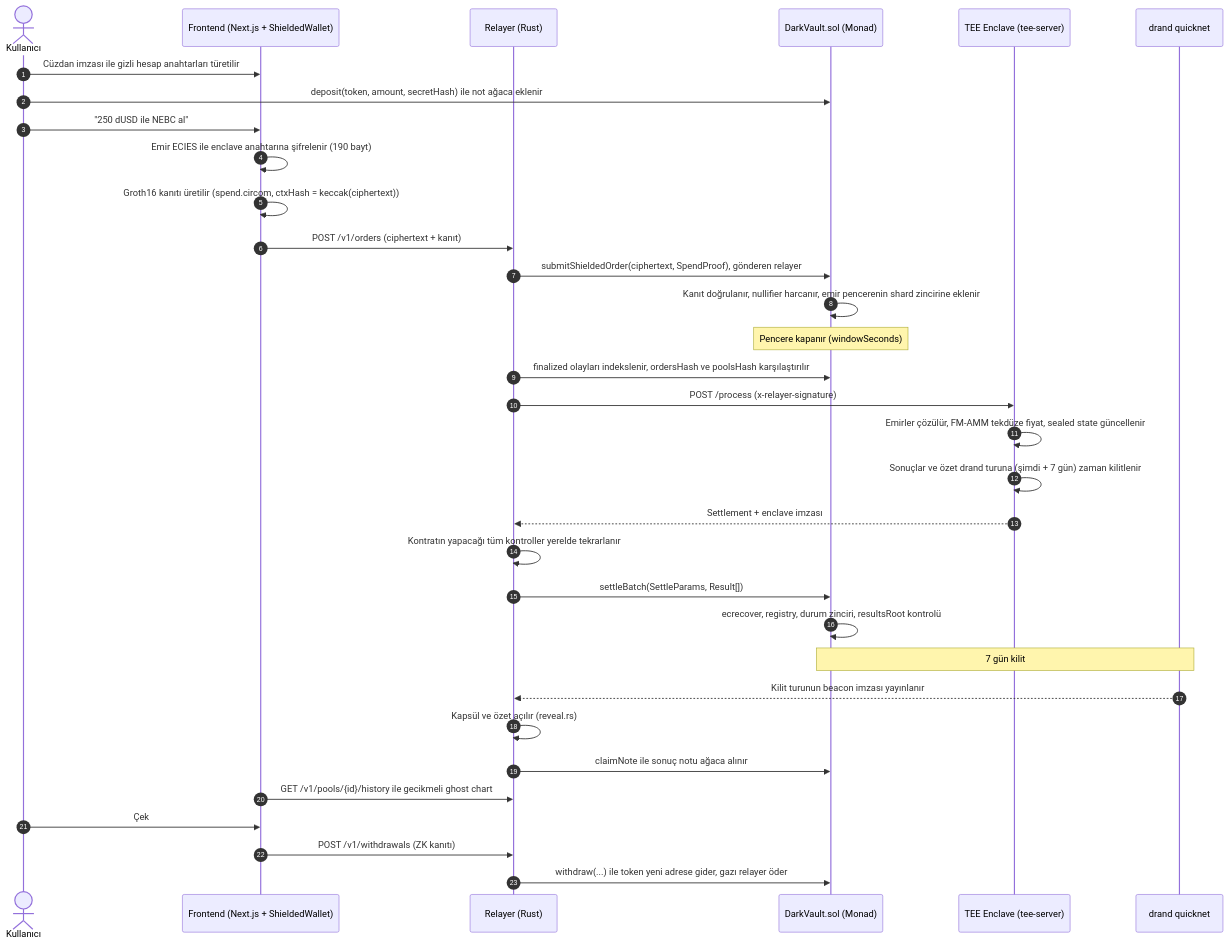
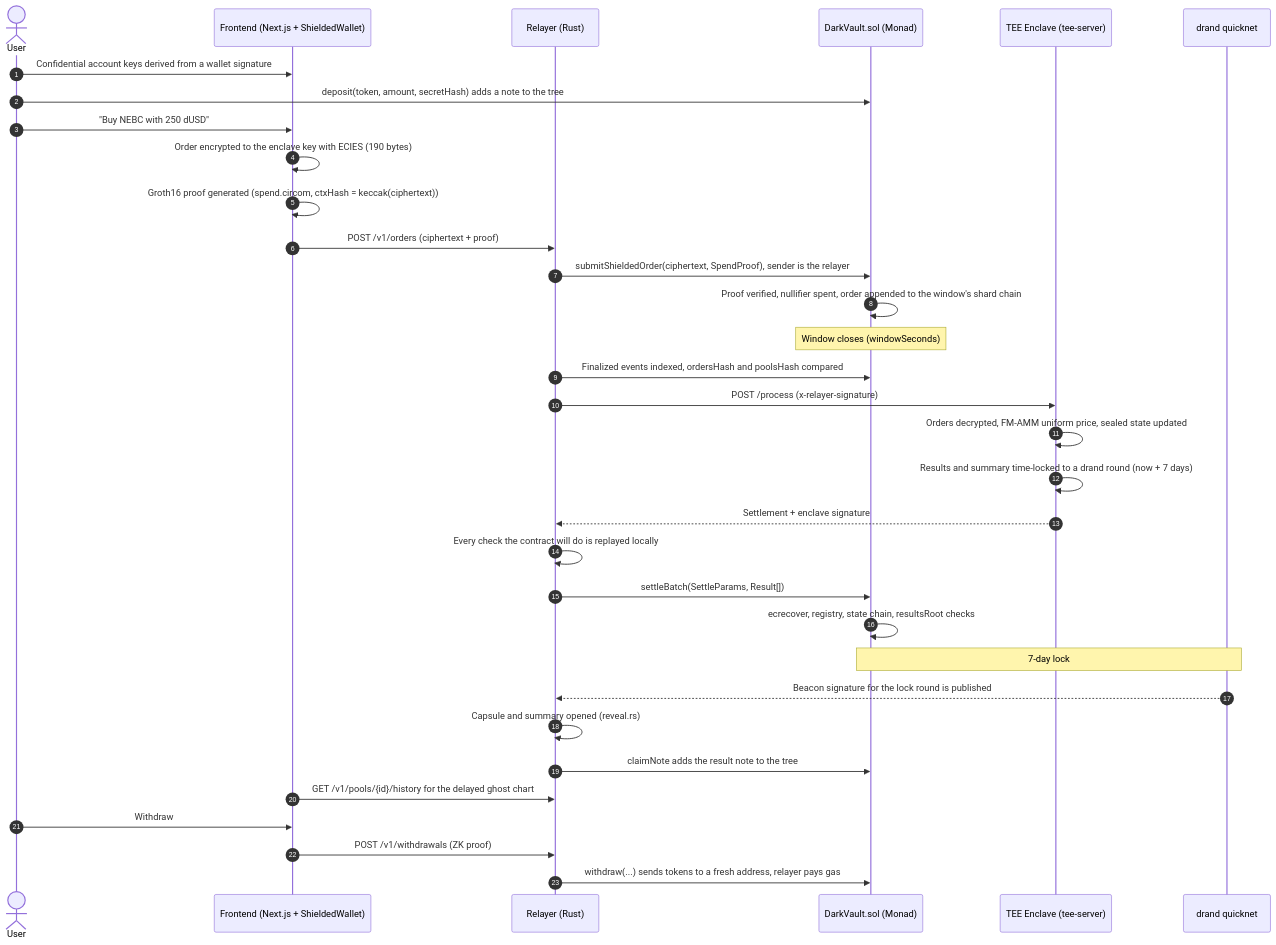
The diagram in README.md (Omeraydognn/darkscreener), drawn with Mermaid before and after one commit. The commit also changed other lines of this file and 1 other file, not shown here.

First line of the commit message:
docs: translate README to English and add root CLAUDE.md for AI assistants

````diff
--- a/README.md
+++ b/README.md
@@ -61,36 +60,36 @@
 ```mermaid
 sequenceDiagram
     autonumber
-    actor U as Kullanıcı
+    actor U as User
     participant F as Frontend (Next.js + ShieldedWallet)
     participant R as Relayer (Rust)
     participant V as DarkVault.sol (Monad)
     participant E as TEE Enclave (tee-server)
     participant D as drand quicknet
 
-    U->>F: Cüzdan imzası ile gizli hesap anahtarları türetilir
-    U->>V: deposit(token, amount, secretHash) ile not ağaca eklenir
-    U->>F: "250 dUSD ile NEBC al"
-    F->>F: Emir ECIES ile enclave anahtarına şifrelenir (190 bayt)
-    F->>F: Groth16 kanıtı üretilir (spend.circom, ctxHash = keccak(ciphertext))
-    F->>R: POST /v1/orders (ciphertext + kanıt)
-    R->>V: submitShieldedOrder(ciphertext, SpendProof), gönderen relayer
-    V->>V: Kanıt doğrulanır, nullifier harcanır, emir pencerenin shard zincirine eklenir
-    Note over V: Pencere kapanır (windowSeconds)
-    R->>V: finalized olayları indekslenir, ordersHash ve poolsHash karşılaştırılır
+    U->>F: Confidential account keys derived from a wallet signature
+    U->>V: deposit(token, amount, secretHash) adds a note to the tree
+    U->>F: "Buy NEBC with 250 dUSD"
+    F->>F: Order encrypted to the enclave key with ECIES (190 bytes)
+    F->>F: Groth16 proof generated (spend.circom, ctxHash = keccak(ciphertext))
+    F->>R: POST /v1/orders (ciphertext + proof)
+    R->>V: submitShieldedOrder(ciphertext, SpendProof), sender is the relayer
+    V->>V: Proof verified, nullifier spent, order appended to the window's shard chain
+    Note over V: Window closes (windowSeconds)
+    R->>V: Finalized events indexed, ordersHash and poolsHash compared
     R->>E: POST /process (x-relayer-signature)
-    E->>E: Emirler çözülür, FM-AMM tekdüze fiyat, sealed state güncellenir
-    E->>E: Sonuçlar ve özet drand turuna (şimdi + 7 gün) zaman kilitlenir
-    E-->>R: Settlement + enclave imzası
-    R->>R: Kontratın yapacağı tüm kontroller yerelde tekrarlanır
+    E->>E: Orders decrypted, FM-AMM uniform price, sealed state updated
+    E->>E: Results and summary time-locked to a drand round (now + 7 days)
+    E-->>R: Settlement + enclave signature
+    R->>R: Every check the contract will do is replayed locally
     R->>V: settleBatch(SettleParams, Result[])
-    V->>V: ecrecover, registry, durum zinciri, resultsRoot kontrolü
-    Note over V,D: 7 gün kilit
-    D-->>R: Kilit turunun beacon imzası yayınlanır
-    R->>R: Kapsül ve özet açılır (reveal.rs)
-    R->>V: claimNote ile sonuç notu ağaca alınır
-    F->>R: GET /v1/pools/{id}/history ile gecikmeli ghost chart
-    U->>F: Çek
-    F->>R: POST /v1/withdrawals (ZK kanıtı)
-    R->>V: withdraw(...) ile token yeni adrese gider, gazı relayer öder
+    V->>V: ecrecover, registry, state chain, resultsRoot checks
+    Note over V,D: 7-day lock
+    D-->>R: Beacon signature for the lock round is published
+    R->>R: Capsule and summary opened (reveal.rs)
+    R->>V: claimNote adds the result note to the tree
+    F->>R: GET /v1/pools/{id}/history for the delayed ghost chart
+    U->>F: Withdraw
+    F->>R: POST /v1/withdrawals (ZK proof)
+    R->>V: withdraw(...) sends tokens to a fresh address, relayer pays gas
 ```
````
